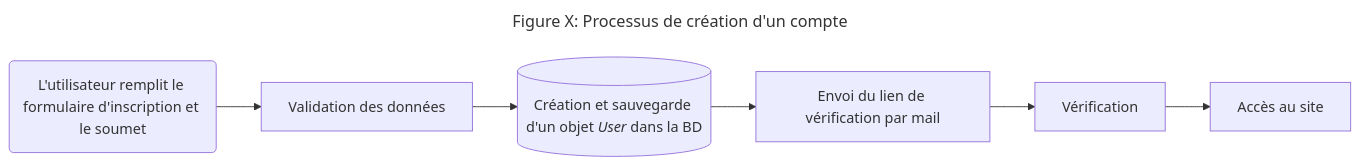
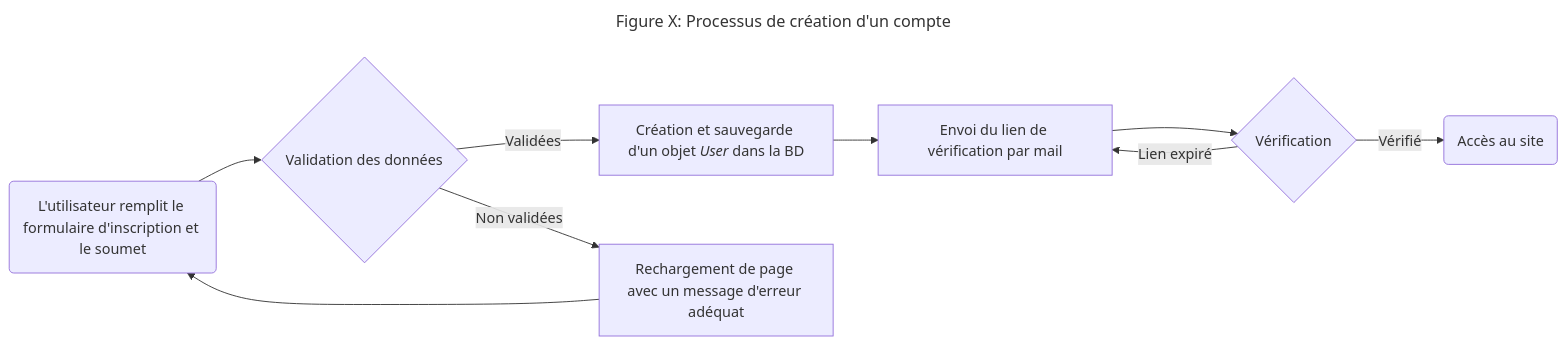
The third of 4 diagrams in rapport.md (Zbebz/caverne-dAli-baba), drawn with Mermaid before and after one commit. The commit also changed other lines of this file, not shown here.

Commit message:
(rapport) Edited Authentification utilisateur subchapter

````diff
--- a/rapport.md
+++ b/rapport.md
@@ -225,7 +273,9 @@
 ```mermaid
 ---
 title: "Figure X: Processus de création d'un compte"
 ---
 flowchart LR
-id1("`L'utilisateur remplit le formulaire d'inscription et le soumet`")-->id2[Validation des données]-->id3[("`Création et sauvegarde d'un objet *User* dans la BD`")]-->id4["`Envoi du lien de vérification par mail`" ]-->id5["`Vérification`" ]-->id6["`Accès au site`" ]
+id1(L'utilisateur remplit le formulaire d'inscription et le soumet)-->id2{Validation des données}-->|Validées|id3["`Création et sauvegarde d'un objet *User* dans la BD`"]-->id4[Envoi du lien de vérification par mail]-->id5{Vérification}-->|Vérifié|id6(Accès au site)
+id2-->|Non validées|id7[Rechargement de page avec un message d'erreur adéquat]-->id1
+id5-->|Lien expiré|id4
 ```
````
